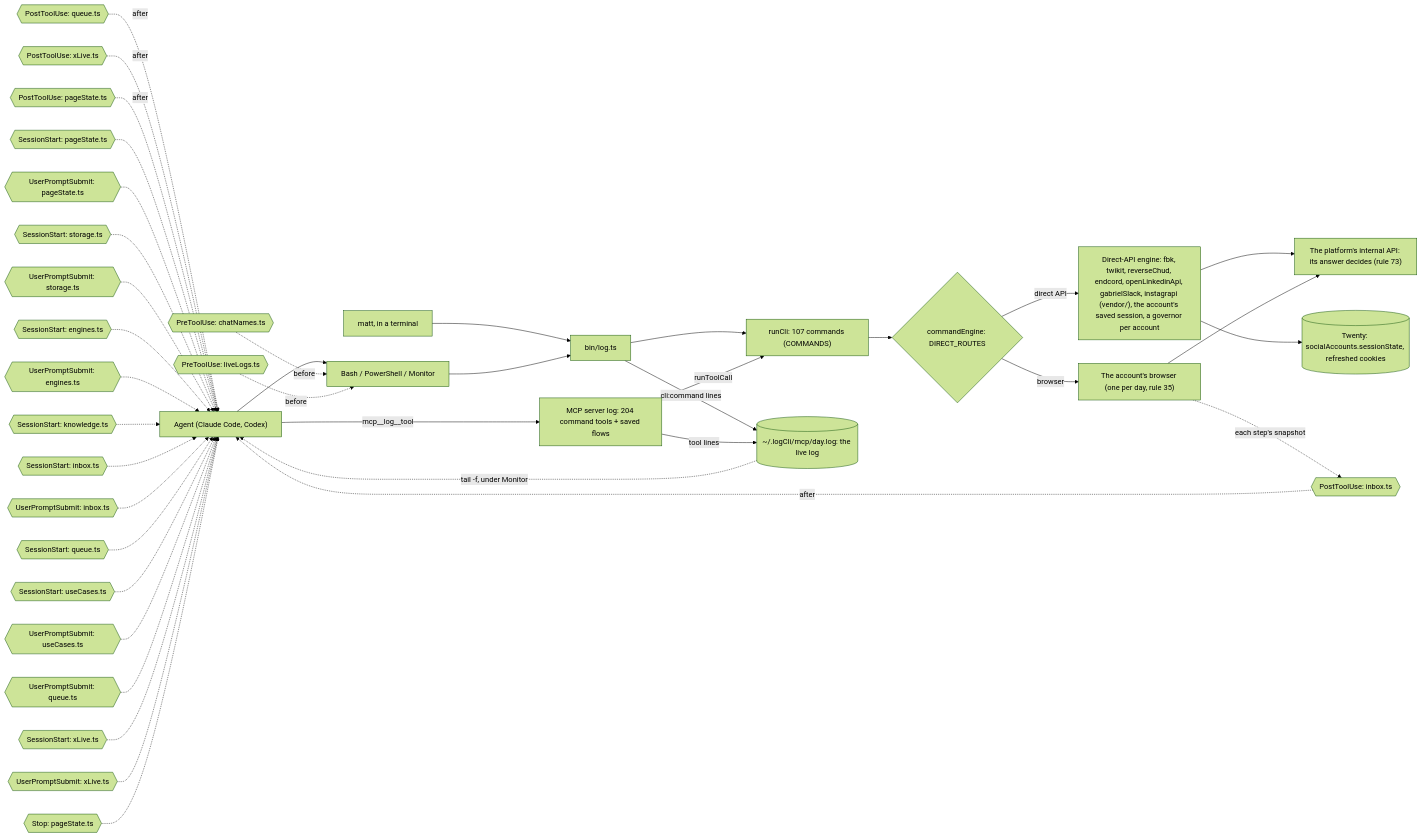
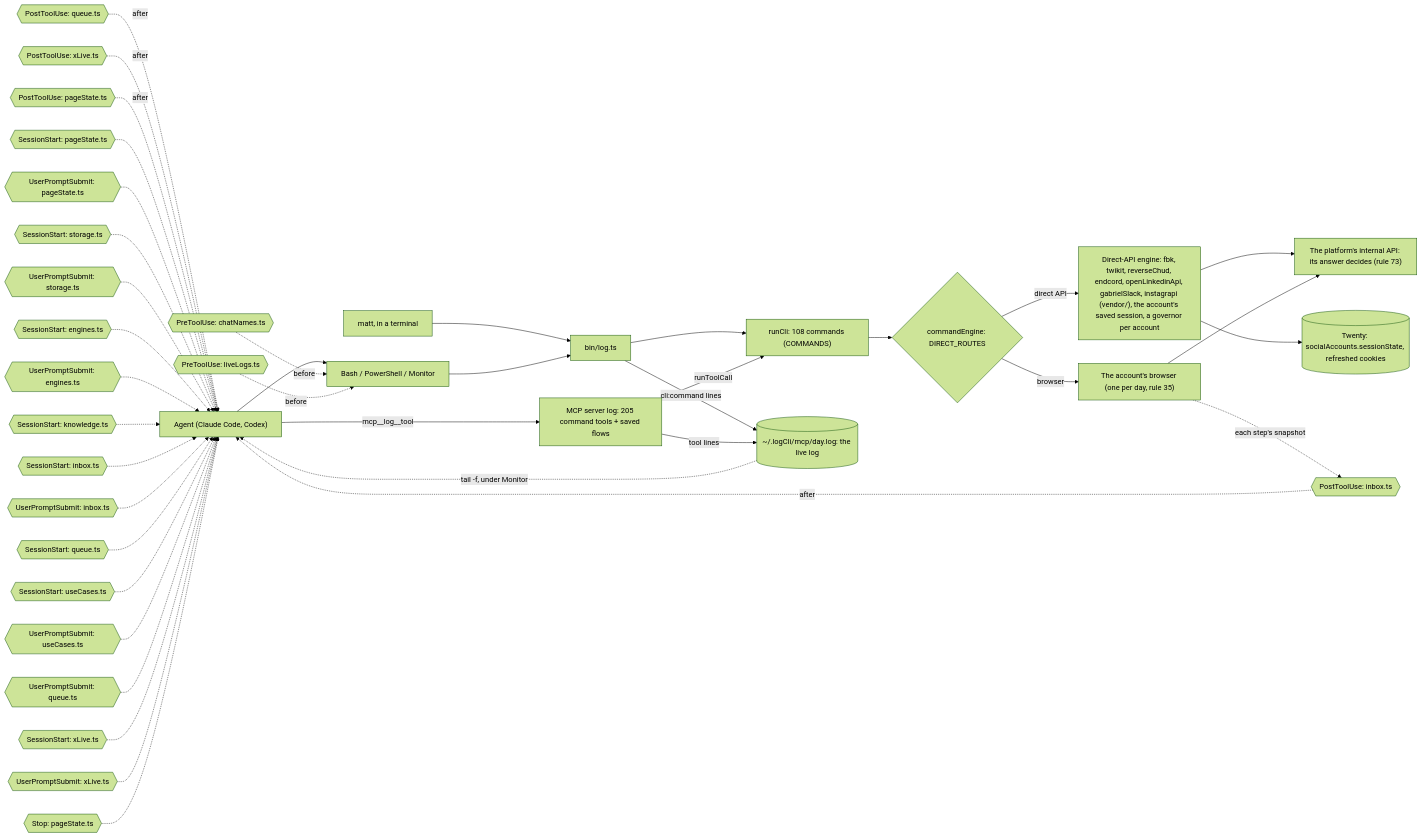
Before and after one commit to matthewdonsemail-lab/log: the diagram in docs/diagrams/surface.mmd, drawn with Mermaid (forest theme). The commit also changed 30 other files, not shown here.

```diff
--- a/docs/diagrams/surface.mmd
+++ b/docs/diagrams/surface.mmd
@@ -1,53 +1,53 @@
 %% How a call reaches log-cli. From a shell or over MCP, both run the same commands through `runCli`, write the same live log, and pass through the same hooks. `commandEngine` sends each command to the platform's direct API or to the account's browser.
 %% Written by `bun run docs:build` from the code (rule 56). Not edited by hand.
 flowchart LR
   agent["Agent (Claude Code, Codex)"]
   matt["matt, in a terminal"]
   shell["Bash / PowerShell / Monitor"]
-  mcp["MCP server log: 204 command tools + saved flows"]
+  mcp["MCP server log: 205 command tools + saved flows"]
   bin["bin/log.ts"]
-  runCli["runCli: 107 commands (COMMANDS)"]
+  runCli["runCli: 108 commands (COMMANDS)"]
   live[("~/.logCli/mcp/day.log: the live log")]
   engine{"commandEngine: DIRECT_ROUTES"}
   direct["Direct-API engine: fbk, twikit, reverseChud, endcord, openLinkedinApi, gabrielSlack, instagrapi (vendor/), the account's saved session, a governor per account"]
   browser["The account's browser (one per day, rule 35)"]
   api["The platform's internal API: its answer decides (rule 73)"]
   twenty[("Twenty: socialAccounts.sessionState, refreshed cookies")]
   agent --> shell
   matt --> bin
   shell --> bin
   agent -->|mcp__log__tool| mcp
   bin --> runCli
   mcp -->|runToolCall| runCli
   runCli --> engine
   engine -->|direct API| direct
   engine -->|browser| browser
   direct --> api
   browser --> api
   direct --> twenty
   bin -->|cli:command lines| live
   mcp -->|tool lines| live
   live -.->|tail -f, under Monitor| agent
   pre0{{"PreToolUse: chatNames.ts"}} -.->|before| shell
   pre1{{"PreToolUse: liveLogs.ts"}} -.->|before| shell
   post0{{"PostToolUse: inbox.ts"}} -.->|after| agent
   post1{{"PostToolUse: queue.ts"}} -.->|after| agent
   post2{{"PostToolUse: xLive.ts"}} -.->|after| agent
   post3{{"PostToolUse: pageState.ts"}} -.->|after| agent
   turn0{{"SessionStart: pageState.ts"}} -.-> agent
   turn1{{"UserPromptSubmit: pageState.ts"}} -.-> agent
   turn2{{"SessionStart: storage.ts"}} -.-> agent
   turn3{{"UserPromptSubmit: storage.ts"}} -.-> agent
   turn4{{"SessionStart: engines.ts"}} -.-> agent
   turn5{{"UserPromptSubmit: engines.ts"}} -.-> agent
   turn6{{"SessionStart: knowledge.ts"}} -.-> agent
   turn7{{"SessionStart: inbox.ts"}} -.-> agent
   turn8{{"UserPromptSubmit: inbox.ts"}} -.-> agent
   turn9{{"SessionStart: queue.ts"}} -.-> agent
   turn10{{"SessionStart: useCases.ts"}} -.-> agent
   turn11{{"UserPromptSubmit: useCases.ts"}} -.-> agent
   turn12{{"UserPromptSubmit: queue.ts"}} -.-> agent
   turn13{{"SessionStart: xLive.ts"}} -.-> agent
   turn14{{"UserPromptSubmit: xLive.ts"}} -.-> agent
   turn15{{"Stop: pageState.ts"}} -.-> agent
   browser -.->|each step's snapshot| post0
```
